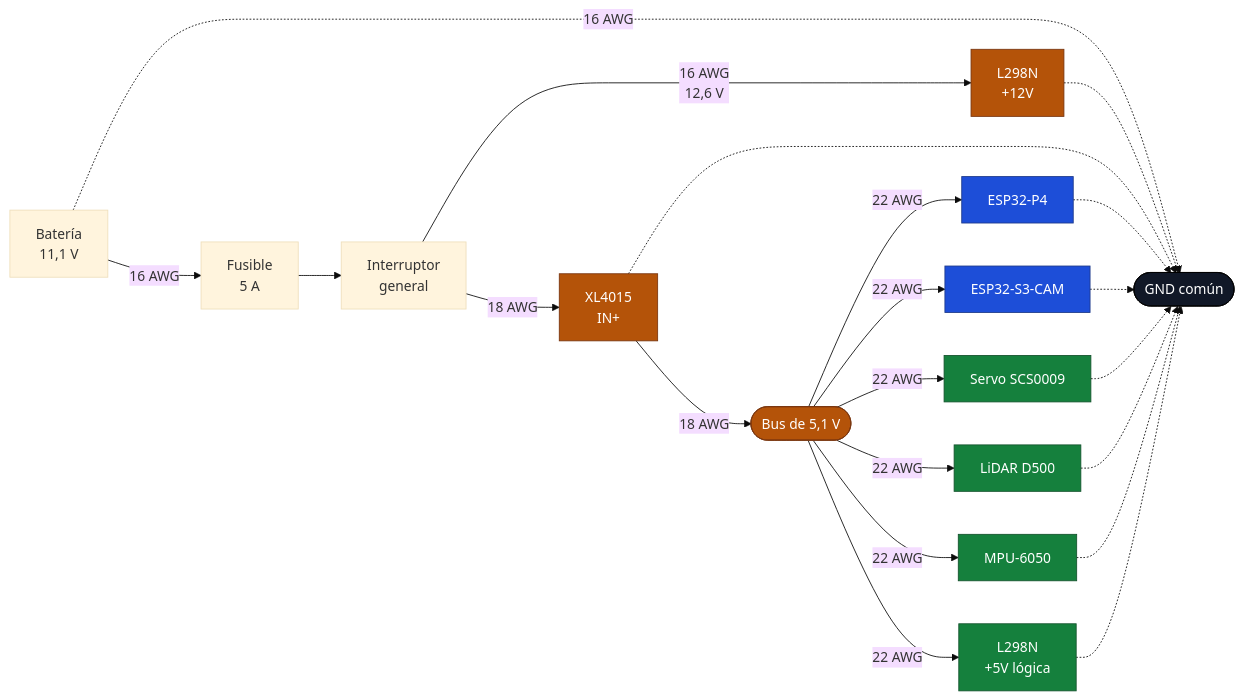
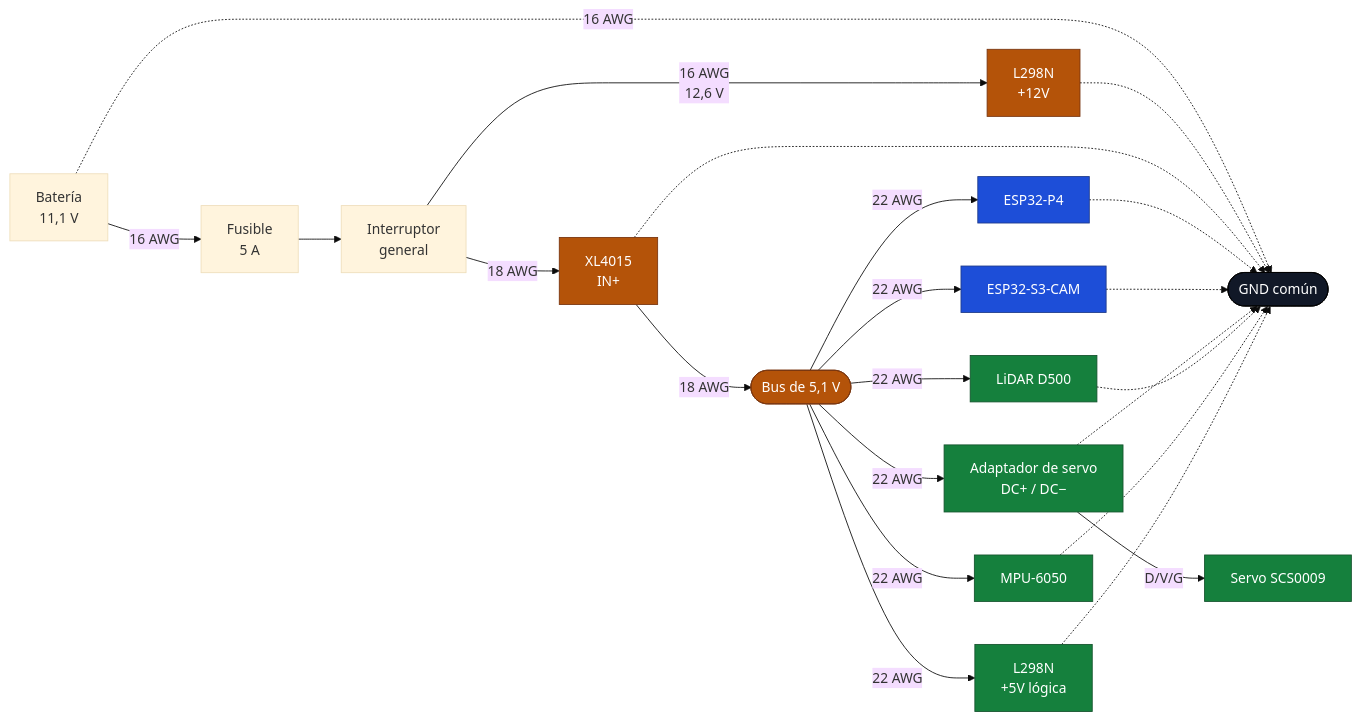
The second of 5 diagrams in docs/ELECTRONICS.md (Eddym06/AutoNex), drawn with Mermaid (base theme) before and after one commit. The commit also changed other lines of this file, not shown here.

Commit message:
electronica actualizada con la placa de comunicacion del servo por ST/SC

````diff
--- a/docs/ELECTRONICS.md
+++ b/docs/ELECTRONICS.md
@@ -145,34 +155,35 @@
 ```mermaid
 flowchart LR
     BAT["Batería<br/>11,1 V"] -->|"16 AWG"| FUS["Fusible<br/>5 A"]
     FUS --> SW["Interruptor<br/>general"]
     SW -->|"16 AWG<br/>12,6 V"| L298["L298N<br/>+12V"]
     SW -->|"18 AWG"| BUCK["XL4015<br/>IN+"]
 
     BUCK -->|"18 AWG"| BUS(["Bus de 5,1 V"])
     BUS -->|"22 AWG"| P4["ESP32-P4"]
     BUS -->|"22 AWG"| S3CAM["ESP32-S3-CAM"]
-    BUS -->|"22 AWG"| SRV["Servo SCS0009"]
+    BUS -->|"22 AWG"| ADP["Adaptador de servo<br/>DC+ / DC−"]
+    ADP -->|"D/V/G"| SRV["Servo SCS0009"]
     BUS -->|"22 AWG"| LID["LiDAR D500"]
     BUS -->|"22 AWG"| IMU["MPU-6050"]
     BUS -->|"22 AWG"| LOG["L298N<br/>+5V lógica"]
 
     BAT -.->|"16 AWG"| GND(["GND común"])
     L298 -.-> GND
     BUCK -.-> GND
     P4 -.-> GND
     S3CAM -.-> GND
-    SRV -.-> GND
+    ADP -.-> GND
     LID -.-> GND
     IMU -.-> GND
     LOG -.-> GND
 
     classDef pot fill:#b45309,stroke:#78350f,color:#ffffff
     classDef ctrl fill:#1d4ed8,stroke:#1e3a8a,color:#ffffff
     classDef carga fill:#15803d,stroke:#14532d,color:#ffffff
     classDef tierra fill:#111827,stroke:#000000,color:#ffffff
     class L298,BUCK,BUS pot
     class P4,S3CAM ctrl
-    class SRV,LID,IMU,LOG carga
+    class SRV,LID,IMU,LOG,ADP carga
     class GND tierra
 ```
````
